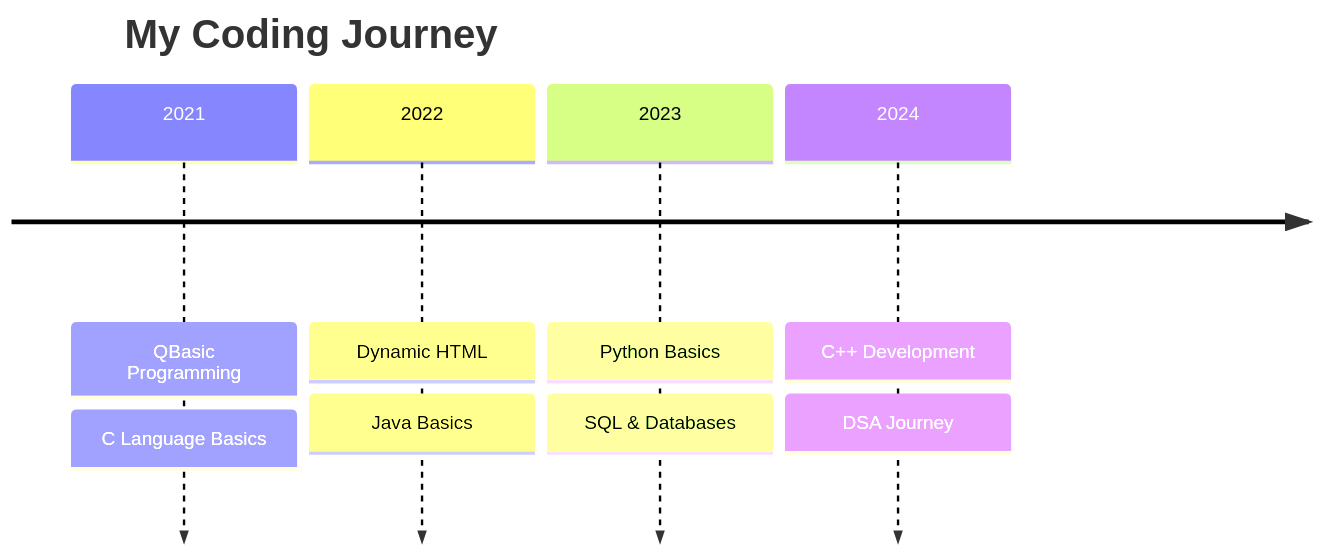
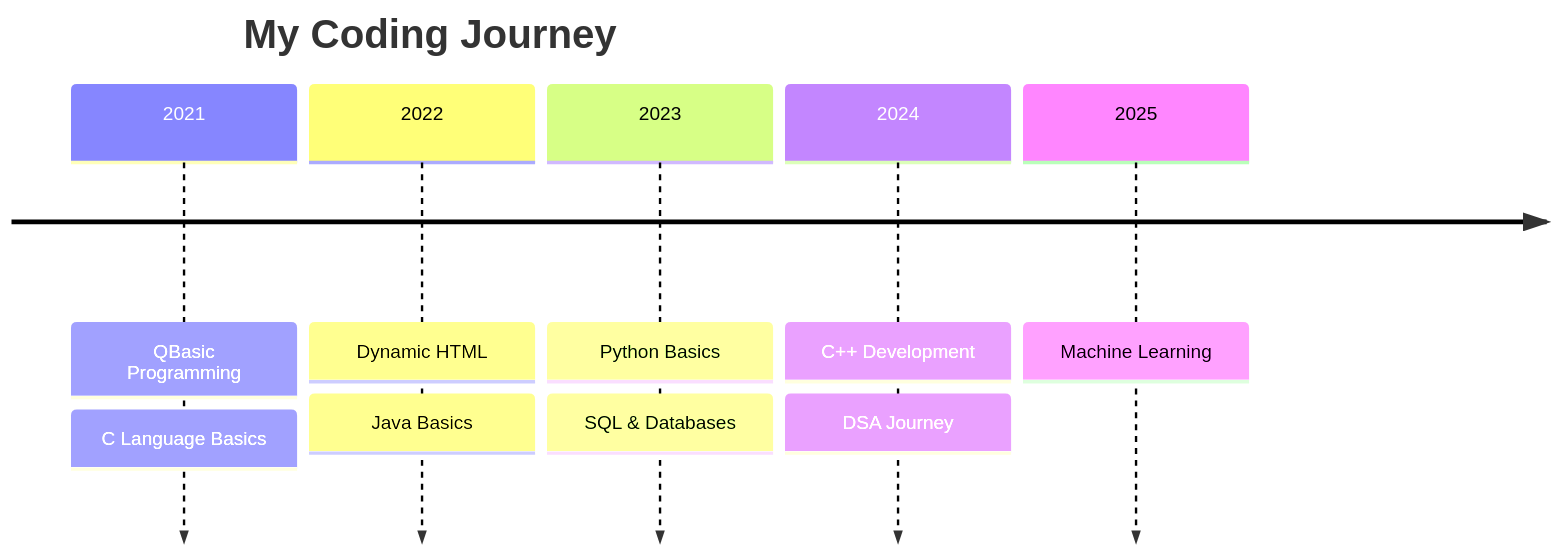
Before and after one commit to abhi-1408-shek/abhi-1408-shek: the diagram in README.md, drawn with Mermaid.

````diff
--- a/README.md
+++ b/README.md
@@ -13,12 +13,13 @@
 ```mermaid
 timeline
     title My Coding Journey
     2021 : QBasic Programming
          : C Language Basics
     2022 : Dynamic HTML
          : Java Basics
     2023 : Python Basics
          : SQL & Databases
     2024 : C++ Development
          : DSA Journey
+    2025 : Machine Learning
 ```
````
